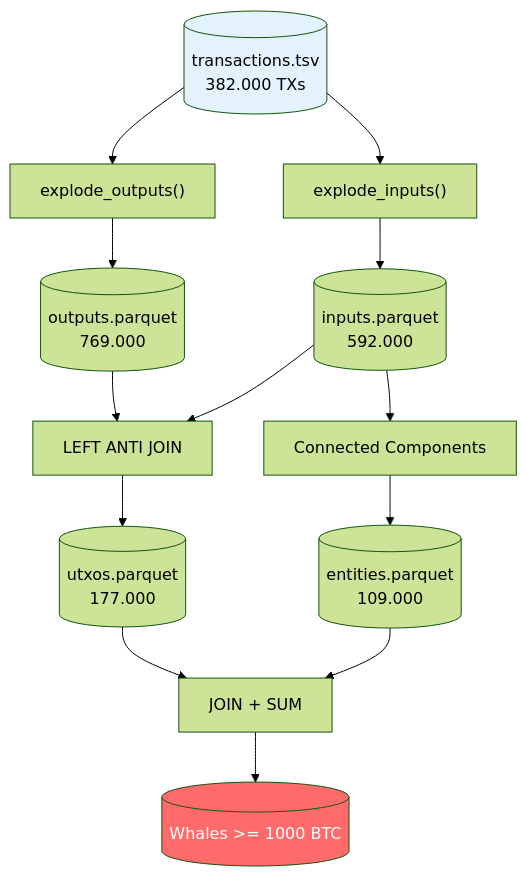
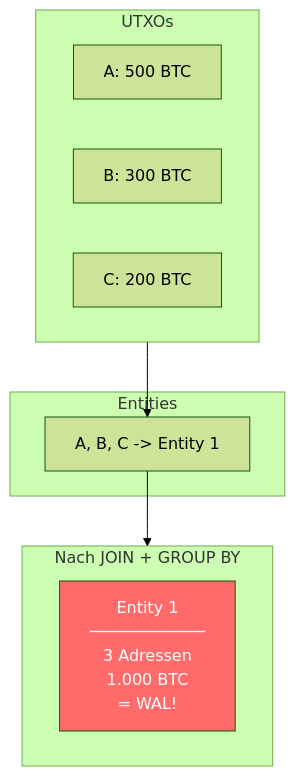
One commit to RomanRnlt/bitcoin-whale-intelligence changed diagram 14 of 15 in docs/architecture.md. Above: the diagram before and after it, drawn with Mermaid (forest theme). The commit also changed other lines of this file and 4 other files, not shown here.

````diff
--- a/docs/architecture.md
+++ b/docs/architecture.md
@@ -210,18 +542,21 @@
 ```mermaid
 flowchart TB
-    RAW[("transactions.tsv<br/>382.000 TXs")]
-    RAW --> EO["explode_outputs()"]
-    RAW --> EI["explode_inputs()"]
-    EO --> OUT[("outputs.parquet<br/>769.000")]
-    EI --> INP[("inputs.parquet<br/>592.000")]
-    OUT --> UTXO["LEFT ANTI JOIN"]
-    INP --> UTXO
-    UTXO --> UTXOP[("utxos.parquet<br/>177.000")]
-    INP --> CC["Connected Components"]
-    CC --> ENT[("entities.parquet<br/>109.000")]
-    UTXOP --> WHALE["JOIN + SUM"]
-    ENT --> WHALE
-    WHALE --> RESULT[("Whales >= 1000 BTC")]
-    style RAW fill:#e3f2fd
-    style RESULT fill:#ff6b6b,color:#fff
+    subgraph utxos["UTXOs"]
+        UA["A: 500 BTC"]
+        UB["B: 300 BTC"]
+        UC["C: 200 BTC"]
+    end
+
+    subgraph entities["Entities"]
+        ENT["A, B, C -> Entity 1"]
+    end
+
+    subgraph result["Nach JOIN + GROUP BY"]
+        R["Entity 1<br/>────────────<br/>3 Adressen<br/>1.000 BTC<br/>= WAL!"]
+    end
+
+    utxos --> ENT
+    ENT --> result
+
+    style R fill:#ff6b6b,color:#fff
 ```
````
